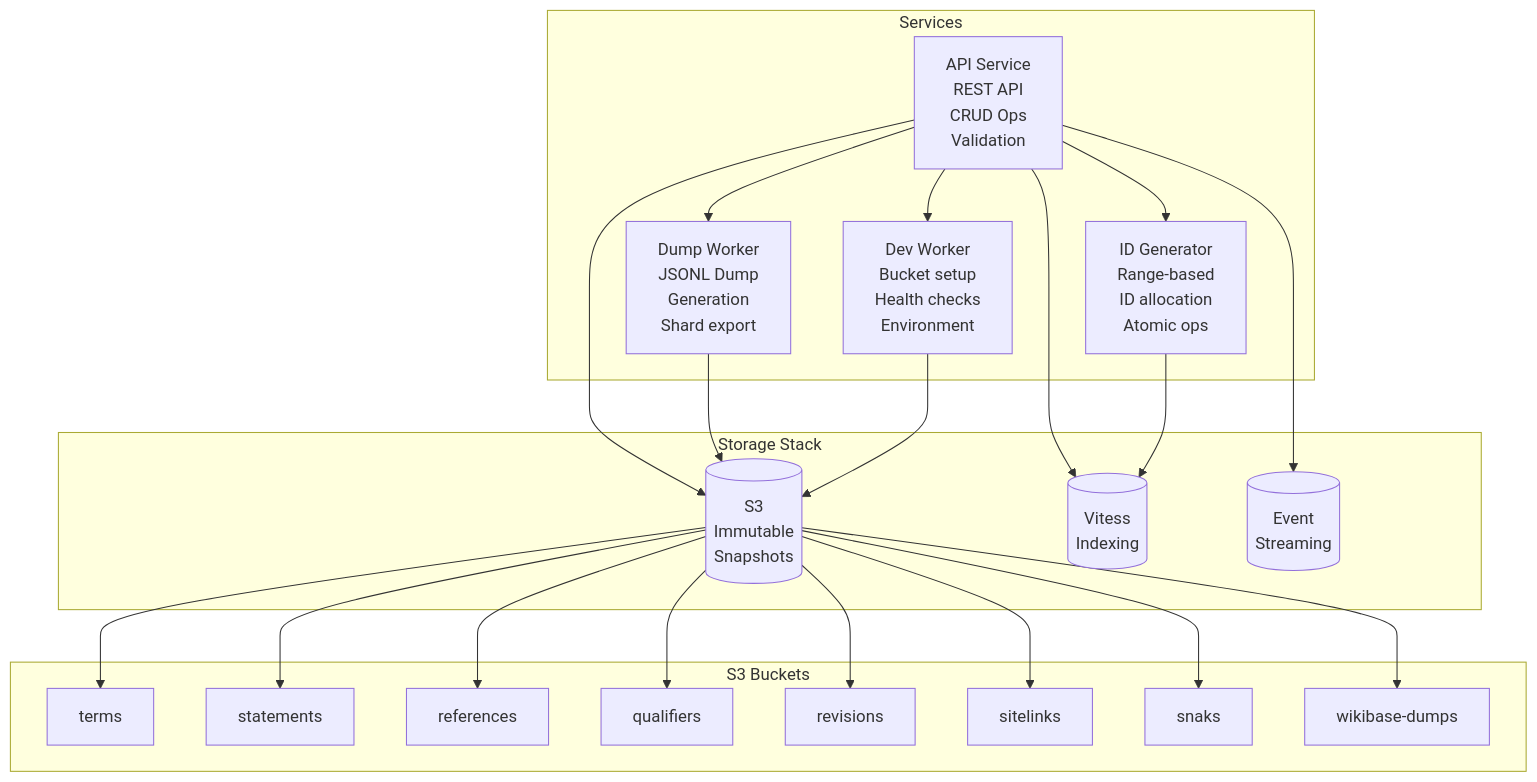
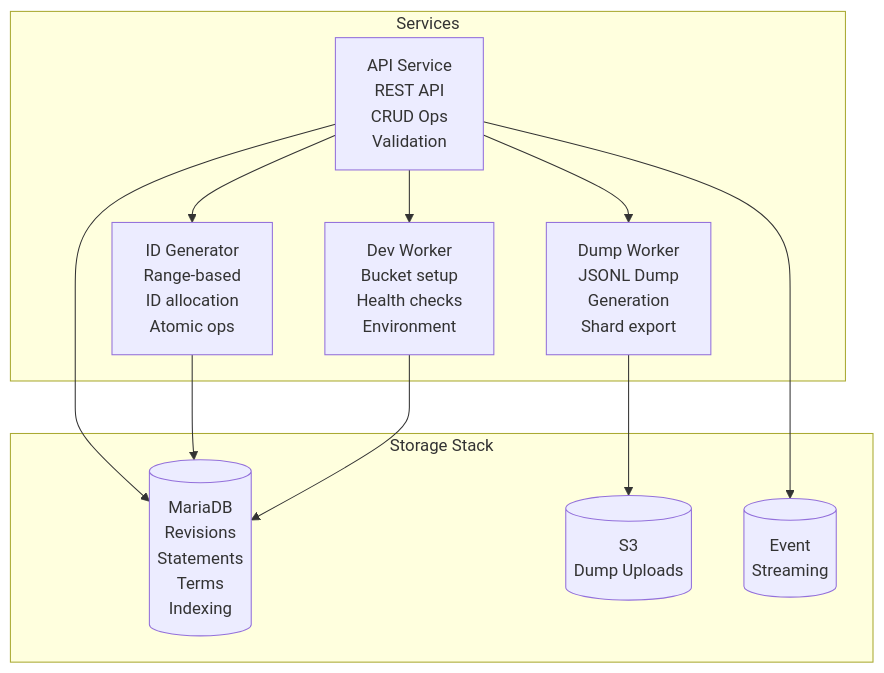
The diagram in README.md (dpriskorn/entitybase-backend), drawn with Mermaid before and after one commit. The commit also changed other lines of this file and 109 other files, not shown here.

````diff
--- a/README.md
+++ b/README.md
@@ -30,46 +30,25 @@
 ```mermaid
 flowchart TB
     subgraph Services
         API[API Service<br/>REST API<br/>CRUD Ops<br/>Validation]
         ID[ID Generator<br/>Range-based<br/>ID allocation<br/>Atomic ops]
         Dump[Dump Worker<br/>JSONL Dump<br/>Generation<br/>Shard export]
         Dev[Dev Worker<br/>Bucket setup<br/>Health checks<br/>Environment]
     end
 
     subgraph Storage["Storage Stack"]
-        S3[("S3<br/>Immutable<br/>Snapshots")]
-        Vitess[(Vitess<br/>Indexing)]
+        MariaDB[(MariaDB<br/>Revisions<br/>Statements<br/>Terms<br/>Indexing)]
+        S3[("S3<br/>Dump Uploads")]
         Kafka[("Event<br/>Streaming")]
-    end
-
-    subgraph Buckets["S3 Buckets"]
-        B1[terms]
-        B2[statements]
-        B3[references]
-        B4[qualifiers]
-        B5[revisions]
-        B6[sitelinks]
-        B7[snaks]
-        B8[wikibase-dumps]
     end
 
     API --> ID
     API --> Dump
     API --> Dev
-    API --> S3
-    API --> Vitess
+    API --> MariaDB
     API --> Kafka
-    
-    ID --> Vitess
+
+    ID --> MariaDB
     Dump --> S3
-    Dev --> S3
-    
-    S3 --> B1
-    S3 --> B2
-    S3 --> B3
-    S3 --> B4
-    S3 --> B5
-    S3 --> B6
-    S3 --> B7
-    S3 --> B8
+    Dev --> MariaDB
 ```
````
